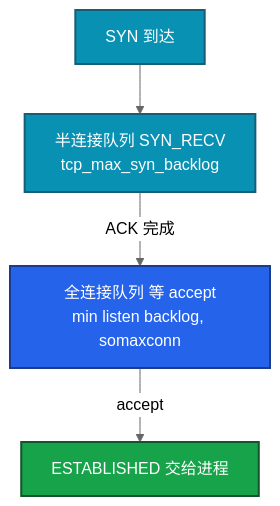
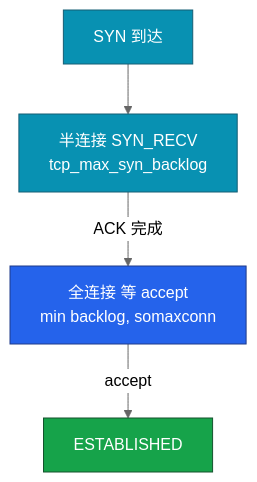
One commit to ml-cuizijun/LearnToLilith changed the fifth of 9 diagrams in 02-基础底座/06-网络栈与Socket/知识点.md. Above: the diagram before and after it, drawn with Mermaid (neutral theme). The commit also changed other lines of this file and 213 other files, not shown here.

````diff
--- a/02-基础底座/06-网络栈与Socket/知识点.md
+++ b/02-基础底座/06-网络栈与Socket/知识点.md
@@ -202,13 +170,13 @@
 ```mermaid
 flowchart TB
-    SYN[SYN 到达] --> half["半连接队列 SYN_RECV<br/>tcp_max_syn_backlog"]
-    half -->|ACK 完成| full["全连接队列 等 accept<br/>min listen backlog, somaxconn"]
-    full -->|accept| est[ESTABLISHED 交给进程]
+    SYN[SYN 到达] --> half["半连接 SYN_RECV<br/>tcp_max_syn_backlog"]
+    half -->|ACK 完成| full["全连接 等 accept<br/>min backlog, somaxconn"]
+    full -->|accept| est[ESTABLISHED]
 
-    classDef a fill:#0891B2,stroke:#155E75,stroke-width:2px,color:#fff
-    classDef b fill:#2563EB,stroke:#1E3A8A,stroke-width:2px,color:#fff
-    classDef c fill:#16A34A,stroke:#14532D,stroke-width:2px,color:#fff
+    classDef a fill:#0891B2,stroke:#155E75,color:#fff
+    classDef b fill:#2563EB,stroke:#1E3A8A,color:#fff
+    classDef c fill:#16A34A,stroke:#14532D,color:#fff
     class SYN,half a
     class full b
     class est c
 ```
````
